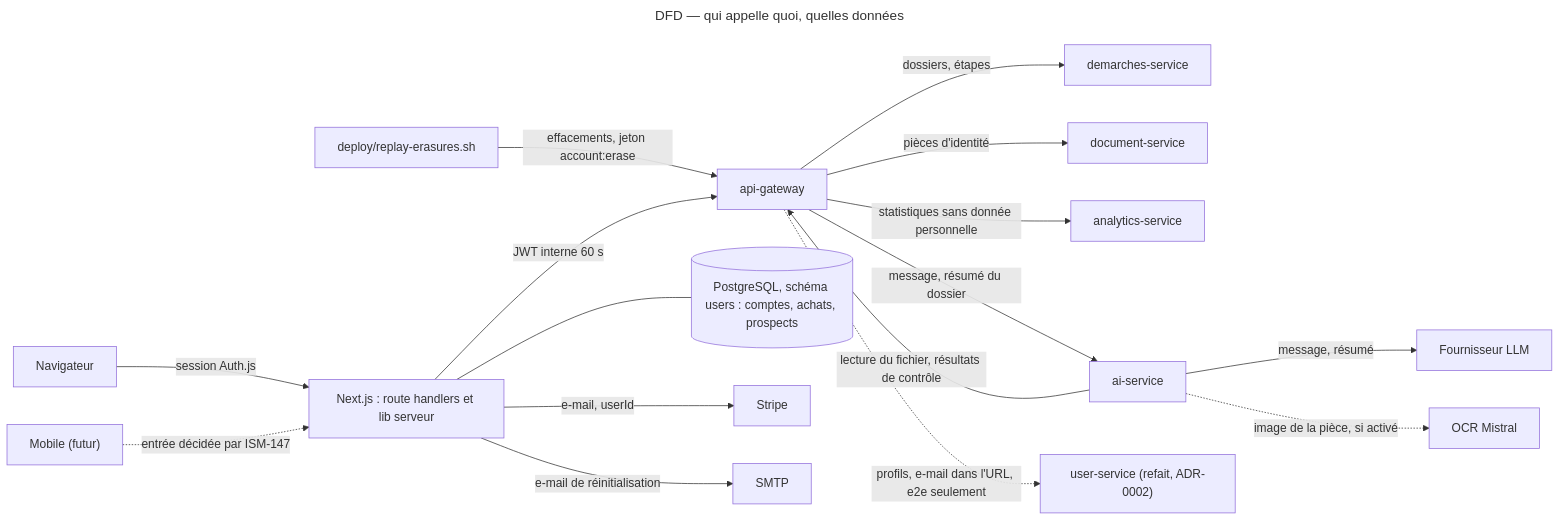
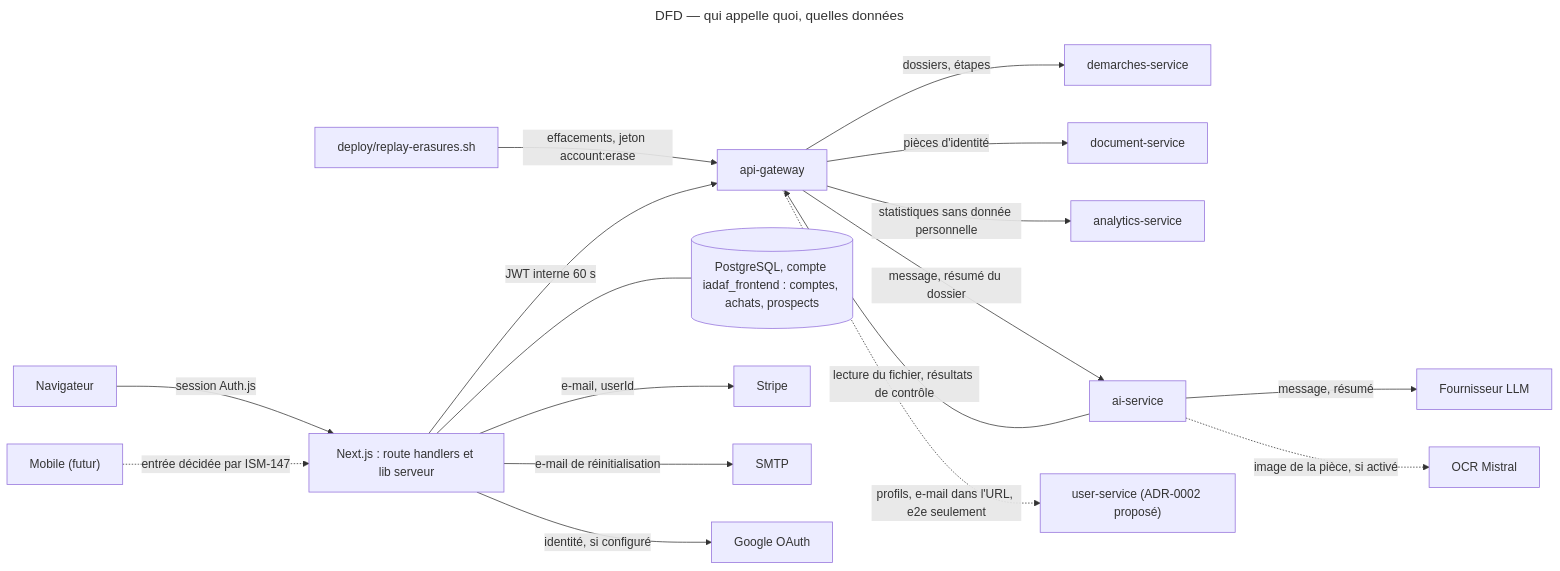
Before and after one commit to IsmailMifdal/IADAF-YDAYS: the diagram in docs/architecture/specs/api-route-inventory.md, drawn with Mermaid. The commit also changed other lines of this file, not shown here.

````diff
--- a/docs/architecture/specs/api-route-inventory.md
+++ b/docs/architecture/specs/api-route-inventory.md
@@ -142,21 +145,22 @@
 ```mermaid
 ---
 title: DFD — qui appelle quoi, quelles données
 ---
 flowchart LR
   nav["Navigateur"] -->|"session Auth.js"| next["Next.js : route handlers et lib serveur"]
   mob["Mobile (futur)"] -.->|"entrée décidée par ISM-147"| next
   ops["deploy/replay-erasures.sh"] -->|"effacements, jeton account:erase"| gw
   next -->|"JWT interne 60 s"| gw["api-gateway"]
-  next --- db[("PostgreSQL, schéma users : comptes, achats, prospects")]
+  next --- db[("PostgreSQL, compte iadaf_frontend : comptes, achats, prospects")]
   next -->|"e-mail, userId"| stripe["Stripe"]
   next -->|"e-mail de réinitialisation"| smtp["SMTP"]
+  next -->|"identité, si configuré"| google["Google OAuth"]
   gw -->|"dossiers, étapes"| dem["demarches-service"]
   gw -->|"pièces d'identité"| doc["document-service"]
   gw -->|"statistiques sans donnée personnelle"| ana["analytics-service"]
   gw -->|"message, résumé du dossier"| ai["ai-service"]
-  gw -.->|"profils, e-mail dans l'URL, e2e seulement"| usr["user-service (refait, ADR-0002)"]
+  gw -.->|"profils, e-mail dans l'URL, e2e seulement"| usr["user-service (ADR-0002 proposé)"]
   ai -->|"lecture du fichier, résultats de contrôle"| gw
   ai -->|"message, résumé"| llm["Fournisseur LLM"]
   ai -.->|"image de la pièce, si activé"| ocr["OCR Mistral"]
 ```
````
